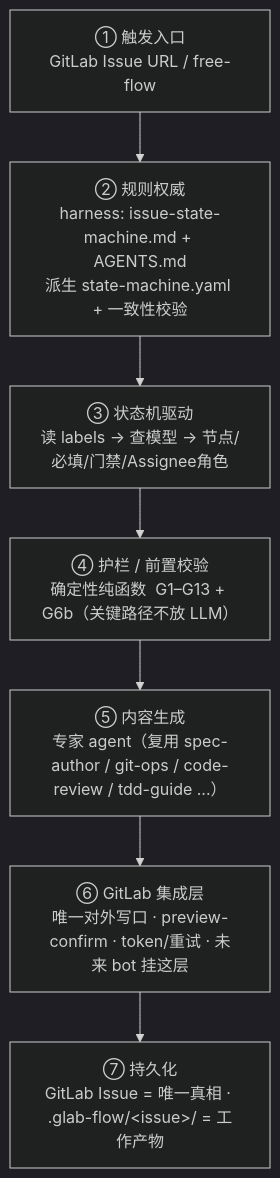
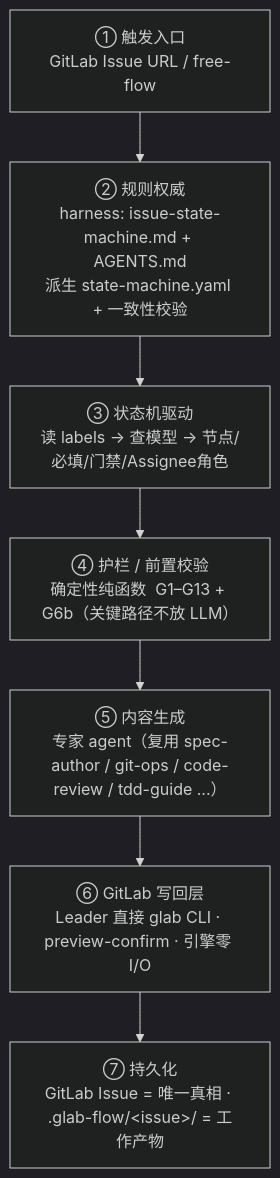
The third of 3 diagrams in docs/flow.md (jinx911/glab-flow), drawn with Mermaid (dark theme) before and after one commit. The commit also changed other lines of this file and 12 other files, not shown here.

Commit message:
docs: migrate glab-flow memories into project

````diff
--- a/docs/flow.md
+++ b/docs/flow.md
@@ -73,10 +74,10 @@
 ```mermaid
 flowchart TD
     L1["① 触发入口<br/>GitLab Issue URL / free-flow"] --> L2
     L2["② 规则权威<br/>harness: issue-state-machine.md + AGENTS.md<br/>派生 state-machine.yaml + 一致性校验"] --> L3
     L3["③ 状态机驱动<br/>读 labels → 查模型 → 节点/必填/门禁/Assignee角色"] --> L4
     L4["④ 护栏 / 前置校验<br/>确定性纯函数  G1–G13 + G6b（关键路径不放 LLM）"] --> L5
     L5["⑤ 内容生成<br/>专家 agent（复用 spec-author / git-ops / code-review / tdd-guide ...）"] --> L6
-    L6["⑥ GitLab 集成层<br/>唯一对外写口 · preview-confirm · token/重试 · 未来 bot 挂这层"] --> L7
+    L6["⑥ GitLab 写回层<br/>Leader 直接 glab CLI · preview-confirm · 引擎零 I/O"] --> L7
     L7["⑦ 持久化<br/>GitLab Issue = 唯一真相 · .glab-flow/&lt;issue&gt;/ = 工作产物"]
 ```
````
